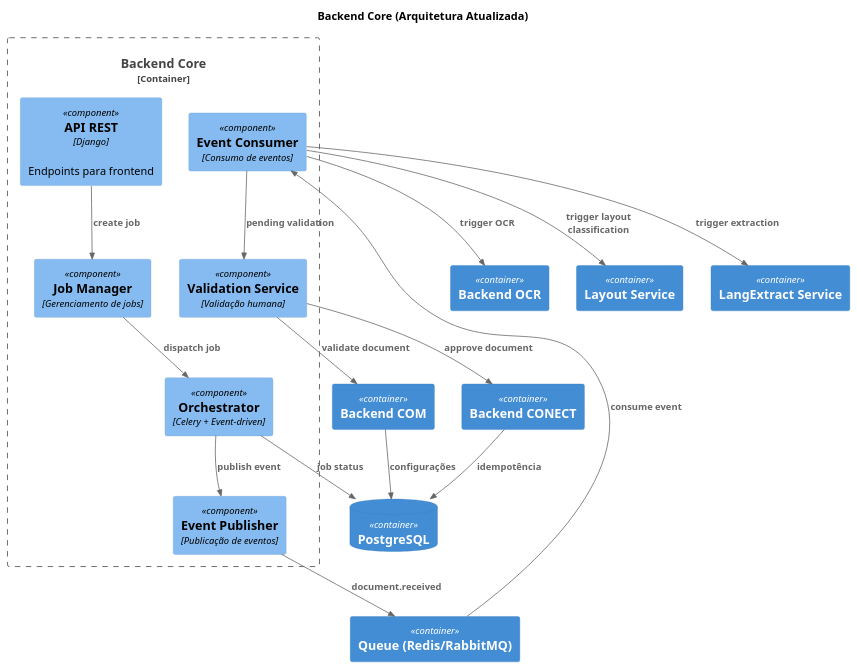
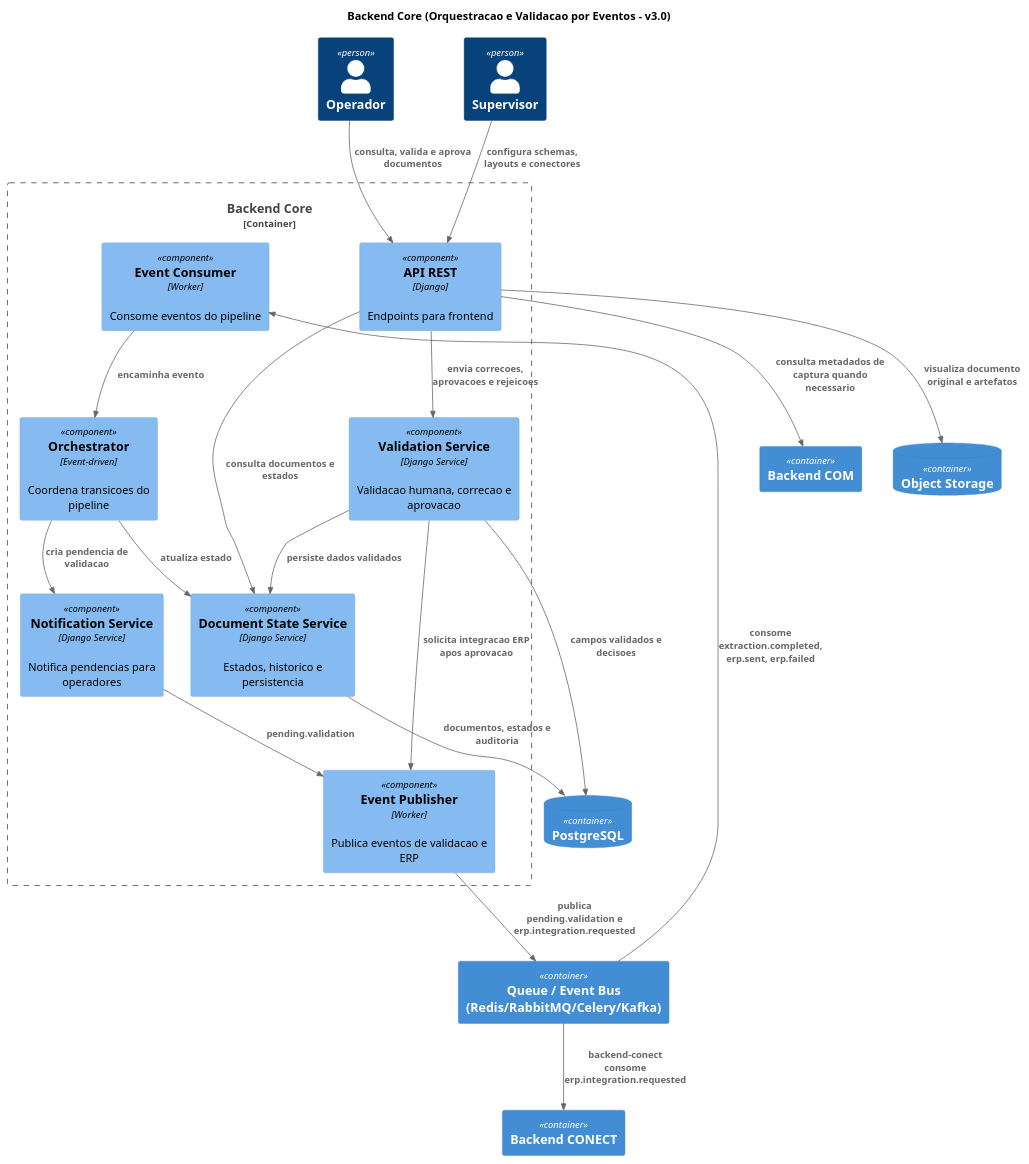
The diagram in docs/specs/backend_core.puml (InnoVoxAI/docuparser), drawn with PlantUML before and after one commit. The commit also changed 8 other files, not shown here.

```diff
--- a/docs/specs/backend_core.puml
+++ b/docs/specs/backend_core.puml
@@ -1,42 +1,47 @@
 @startuml
 !includeurl https://raw.githubusercontent.com/plantuml-stdlib/C4-PlantUML/master/C4_Component.puml
 
-title Backend Core (Arquitetura Atualizada)
+title Backend Core (Orquestracao e Validacao por Eventos - v3.0)
 
 Container_Boundary(core, "Backend Core") {
 
     Component(api, "API REST", "Django", "Endpoints para frontend")
-    Component(job_manager, "Job Manager", "Gerenciamento de jobs")
-    Component(orchestrator, "Orchestrator", "Celery + Event-driven")
-    Component(validation, "Validation Service", "Validação humana")
-    Component(event_publisher, "Event Publisher", "Publicação de eventos")
-    Component(event_consumer, "Event Consumer", "Consumo de eventos")
+    Component(document_state, "Document State Service", "Django Service", "Estados, historico e persistencia")
+    Component(validation, "Validation Service", "Django Service", "Validacao humana, correcao e aprovacao")
+    Component(orchestrator, "Orchestrator", "Event-driven", "Coordena transicoes do pipeline")
+    Component(event_consumer, "Event Consumer", "Worker", "Consome eventos do pipeline")
+    Component(event_publisher, "Event Publisher", "Worker", "Publica eventos de validacao e ERP")
+    Component(notification, "Notification Service", "Django Service", "Notifica pendencias para operadores")
 }
 
 Container(com, "Backend COM")
 Container(conect, "Backend CONECT")
-Container(ocr, "Backend OCR")
-Container(layout, "Layout Service")
-Container(langextract, "LangExtract Service")
 ContainerDb(db, "PostgreSQL")
-Container(queue, "Queue (Redis/RabbitMQ)")
+Container(queue, "Queue / Event Bus (Redis/RabbitMQ/Celery/Kafka)")
+ContainerDb(storage, "Object Storage")
+Person(operator, "Operador")
+Person(supervisor, "Supervisor")
 
-Rel(api, job_manager, "create job")
-Rel(job_manager, orchestrator, "dispatch job")
-Rel(orchestrator, event_publisher, "publish event")
-Rel(event_publisher, queue, "document.received")
+Rel(operator, api, "consulta, valida e aprova documentos")
+Rel(supervisor, api, "configura schemas, layouts e conectores")
 
-Rel(queue, event_consumer, "consume event")
-Rel(event_consumer, ocr, "trigger OCR")
-Rel(event_consumer, layout, "trigger layout classification")
-Rel(event_consumer, langextract, "trigger extraction")
-Rel(event_consumer, validation, "pending validation")
+Rel(api, document_state, "consulta documentos e estados")
+Rel(api, validation, "envia correcoes, aprovacoes e rejeicoes")
+Rel(api, com, "consulta metadados de captura quando necessario")
 
-Rel(validation, com, "validate document")
-Rel(validation, conect, "approve document")
+Rel(queue, event_consumer, "consome extraction.completed, erp.sent, erp.failed")
+Rel(event_consumer, orchestrator, "encaminha evento")
+Rel(orchestrator, document_state, "atualiza estado")
+Rel(orchestrator, notification, "cria pendencia de validacao")
+Rel(notification, event_publisher, "pending.validation")
 
-Rel(com, db, "configurações")
-Rel(conect, db, "idempotência")
-Rel(orchestrator, db, "job status")
+Rel(validation, document_state, "persiste dados validados")
+Rel(validation, event_publisher, "solicita integracao ERP apos aprovacao")
+Rel(event_publisher, queue, "publica pending.validation e erp.integration.requested")
+Rel(queue, conect, "backend-conect consome erp.integration.requested")
+
+Rel(document_state, db, "documentos, estados e auditoria")
+Rel(validation, db, "campos validados e decisoes")
+Rel(api, storage, "visualiza documento original e artefatos")
 
 @enduml
```
